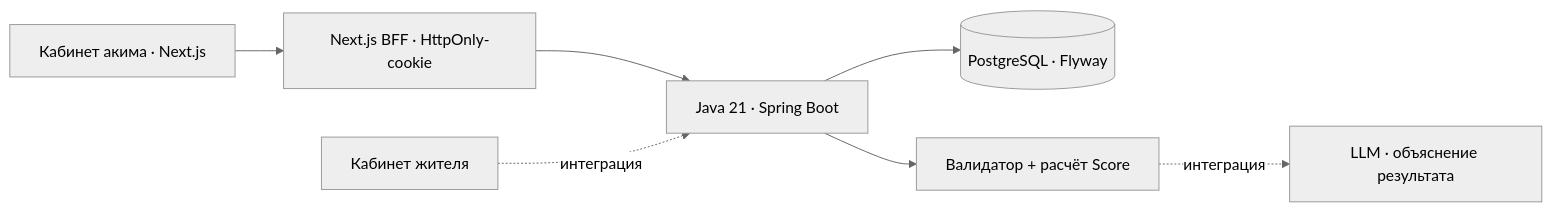
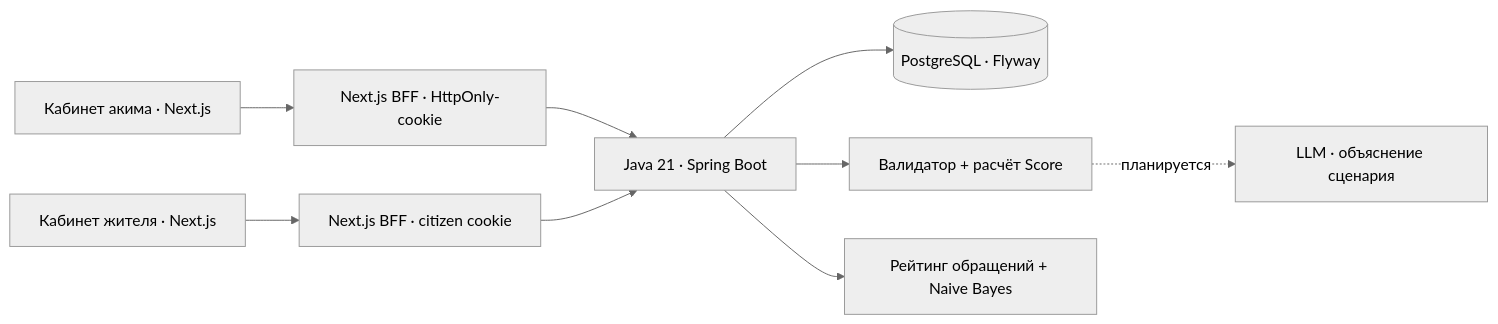
One commit to BAITC-Hacks/hack-b63652cd-g4ymers changed the diagram in README.md. Above: the diagram before and after it, drawn with Mermaid (neutral theme). The commit also changed other lines of this file and 6 other files, not shown here.

````diff
--- a/README.md
+++ b/README.md
@@ -157,9 +165,11 @@
 ```mermaid
 flowchart LR
     A[Кабинет акима · Next.js] --> B[Next.js BFF · HttpOnly-cookie]
     B --> C[Java 21 · Spring Boot]
     C --> D[(PostgreSQL · Flyway)]
     C --> E[Валидатор + расчёт Score]
-    F[Кабинет жителя] -. интеграция .-> C
-    E -. интеграция .-> G[LLM · объяснение результата]
+    F[Кабинет жителя · Next.js] --> H[Next.js BFF · citizen cookie]
+    H --> C
+    C --> I[Рейтинг обращений + Naive Bayes]
+    E -. планируется .-> G[LLM · объяснение сценария]
 ```
````
